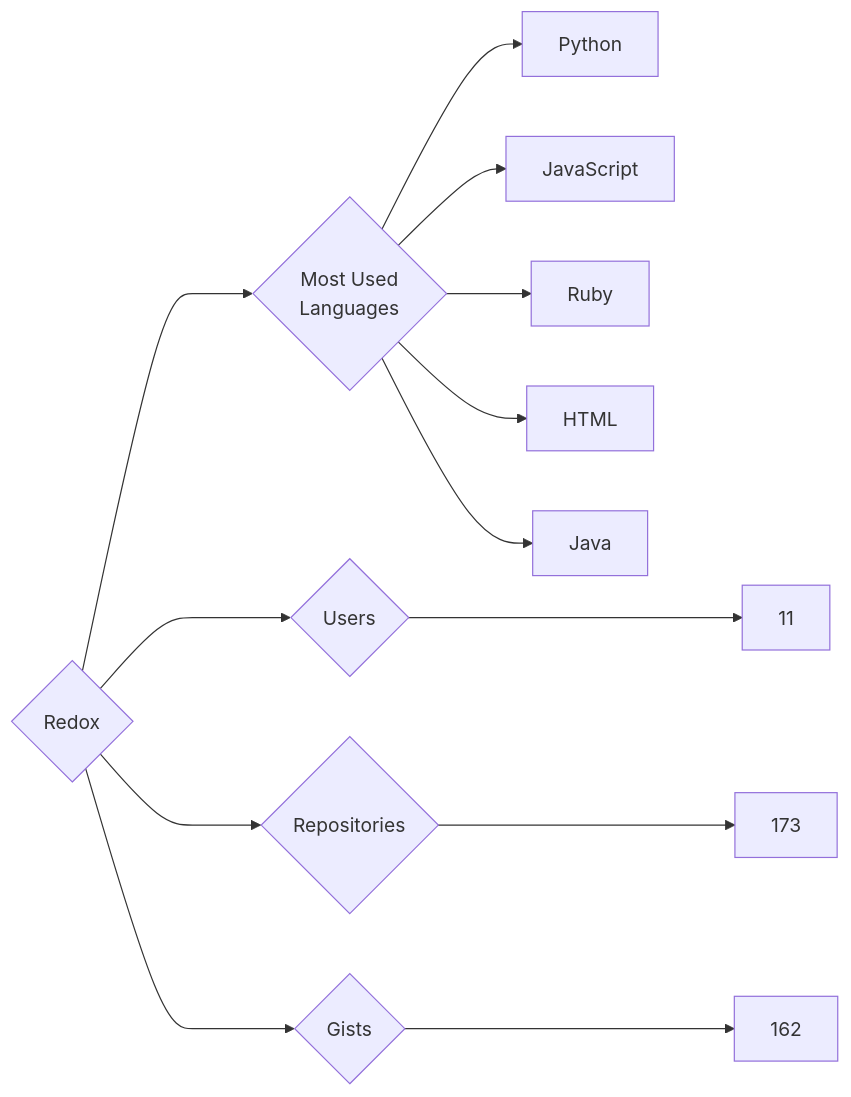
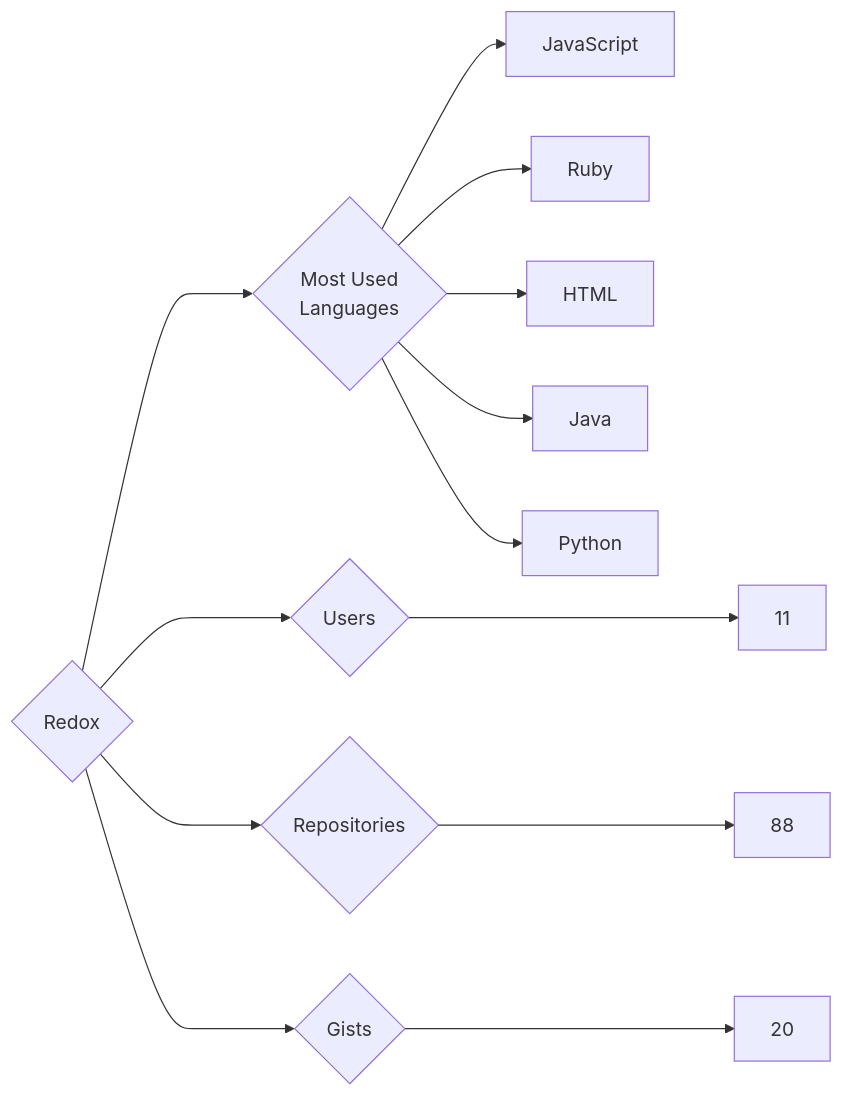
The diagram in targets/Redox/README.md (trickest/insiders), drawn with Mermaid before and after one commit. The commit also changed 964 other files, not shown here.

````diff
--- a/targets/Redox/README.md
+++ b/targets/Redox/README.md
@@ -3,13 +3,13 @@
 ```mermaid
 graph LR
 COMPANY_NAME{Redox}
 COMPANY_NAME ---> U{Users} ---> UN[11]
-COMPANY_NAME ---> R{Repositories} ---> RN[173]
-COMPANY_NAME ---> G{Gists} ---> GN[162]
+COMPANY_NAME ---> R{Repositories} ---> RN[88]
+COMPANY_NAME ---> G{Gists} ---> GN[20]
 COMPANY_NAME ---> ML{Most Used<br>Languages}
-ML --> Python[Python]
 ML --> JavaScript[JavaScript]
 ML --> Ruby[Ruby]
 ML --> HTML[HTML]
 ML --> Java[Java]
+ML --> Python[Python]
 ```
````
